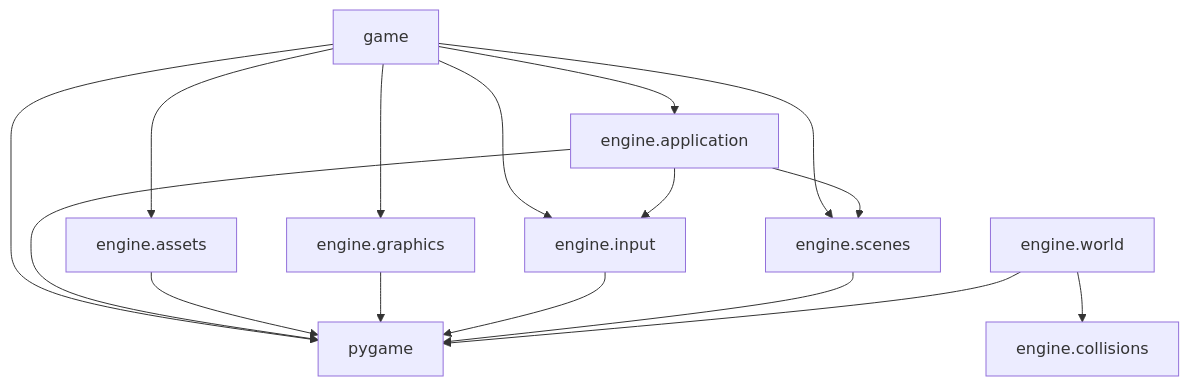
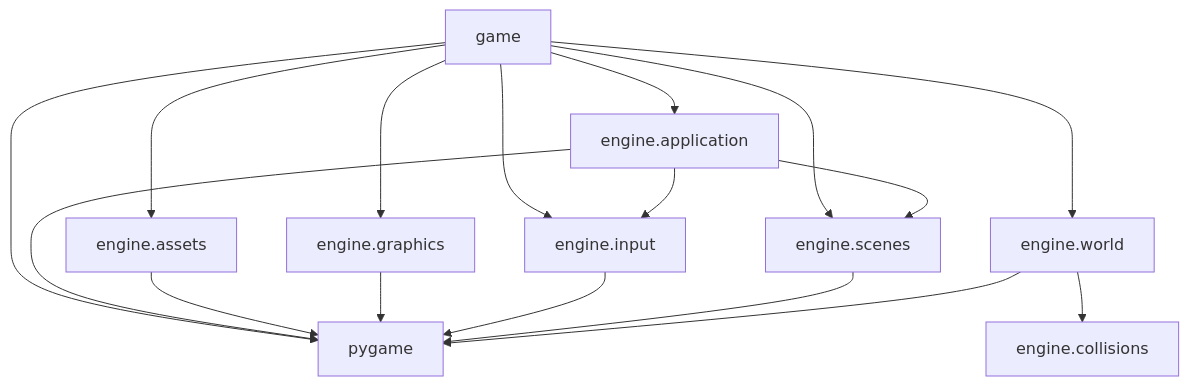
One commit to VincentMardon/my_first_adventure_game changed the diagram in docs/architecture/boundaries.md. Above: the diagram before and after it, drawn with Mermaid. The commit also changed 8 other files, not shown here.

````diff
--- a/docs/architecture/boundaries.md
+++ b/docs/architecture/boundaries.md
@@ -23,29 +23,30 @@
 ```mermaid
 flowchart TD
     Application["engine.application"]
     Assets["engine.assets"]
     Collisions["engine.collisions"]
     Graphics["engine.graphics"]
     Input["engine.input"]
     Scenes["engine.scenes"]
     World["engine.world"]
     Pygame["pygame"]
     Game["game"]
 
     Game --> Application
     Game --> Assets
     Game --> Graphics
     Game --> Input
+    Game --> Pygame
     Game --> Scenes
-    Game --> Pygame
+    Game --> World
 
     Application --> Input
     Application --> Scenes
     Application --> Pygame
     Assets --> Pygame
     Graphics --> Pygame
     Input --> Pygame
     Scenes --> Pygame
     World --> Collisions
     World --> Pygame
 ```
````
